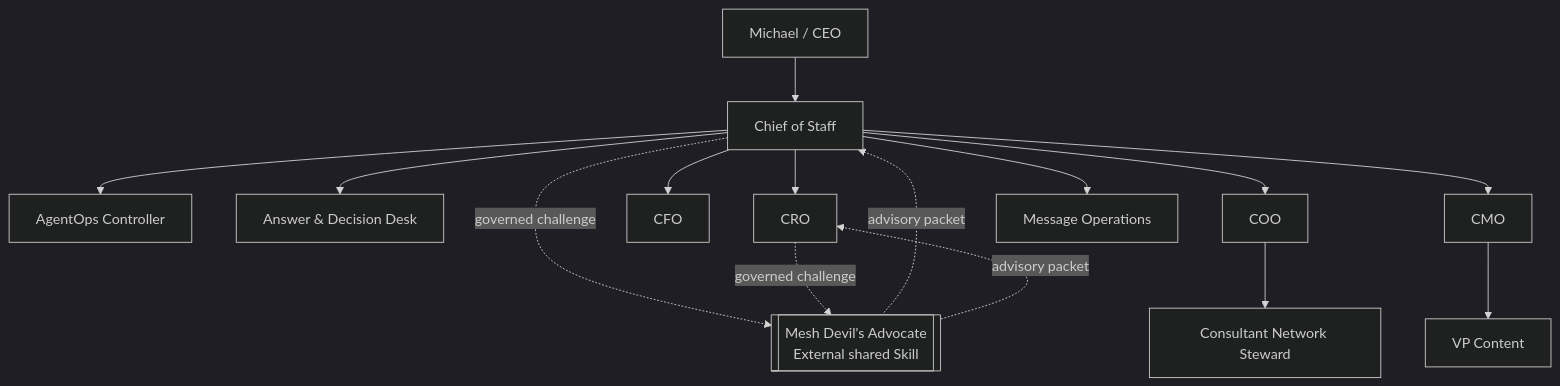
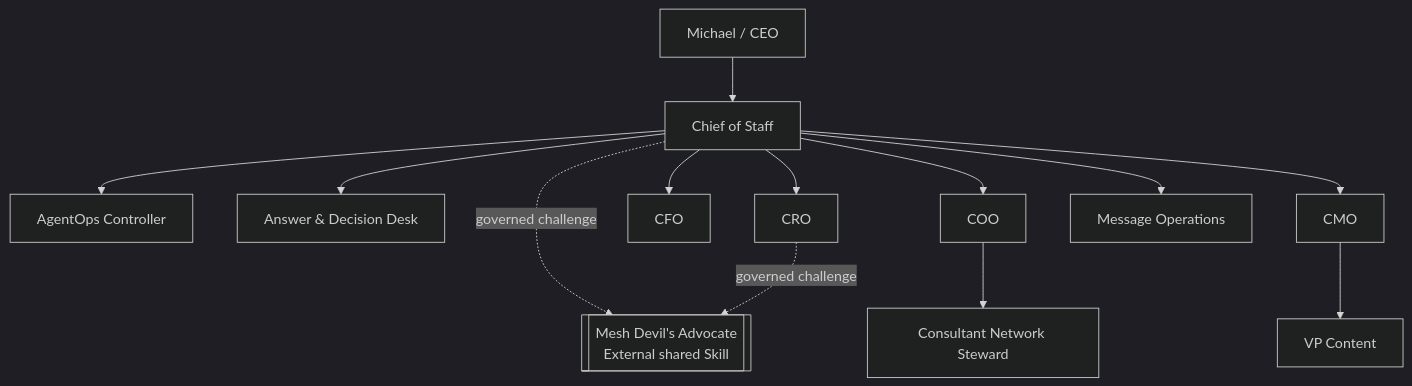
One commit to mkleinbe/mesh-ai-agent-cos-universe changed the first of 6 diagrams in docs/architecture.md. Above: the diagram before and after it, drawn with Mermaid (dark theme). The commit also changed other lines of this file, not shown here.

Commit message:
docs: integrate identity-aware delegated owner architecture

````diff
--- a/docs/architecture.md
+++ b/docs/architecture.md
@@ -11,30 +11,28 @@
 ```mermaid
 flowchart TB
     M[Michael / CEO]
     COS[Chief of Staff]
     AO[AgentOps Controller]
     AD[Answer & Decision Desk]
     CRO[CRO]
     CFO[CFO]
     COO[COO]
     CNS[Consultant Network Steward]
     CMO[CMO]
     VPC[VP Content]
     MSG[Message Operations]
     DA[[Mesh Devil's Advocate\nExternal shared Skill]]
 
     M --> COS
     COS --> AO
     COS --> AD
     COS --> CRO
     COS --> CFO
     COS --> COO
     COO --> CNS
     COS --> CMO
     CMO --> VPC
     COS --> MSG
     COS -. governed challenge .-> DA
     CRO -. governed challenge .-> DA
-    DA -. advisory packet .-> COS
-    DA -. advisory packet .-> CRO
 ```
````
